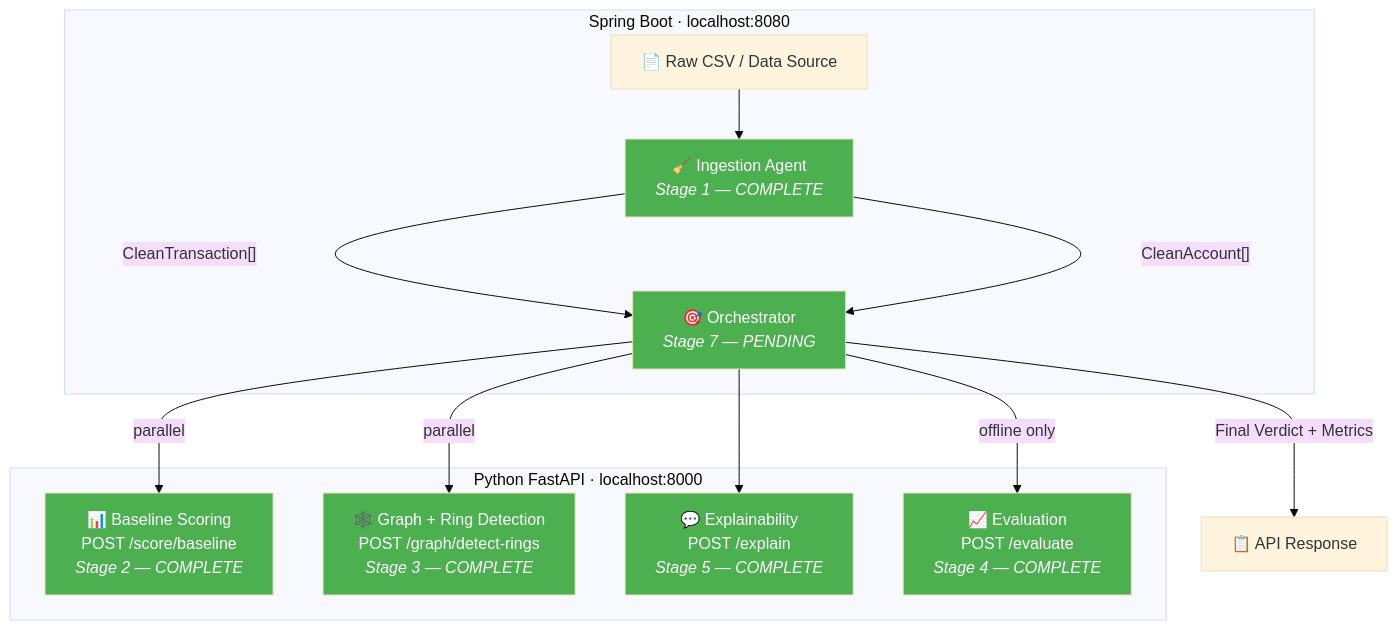
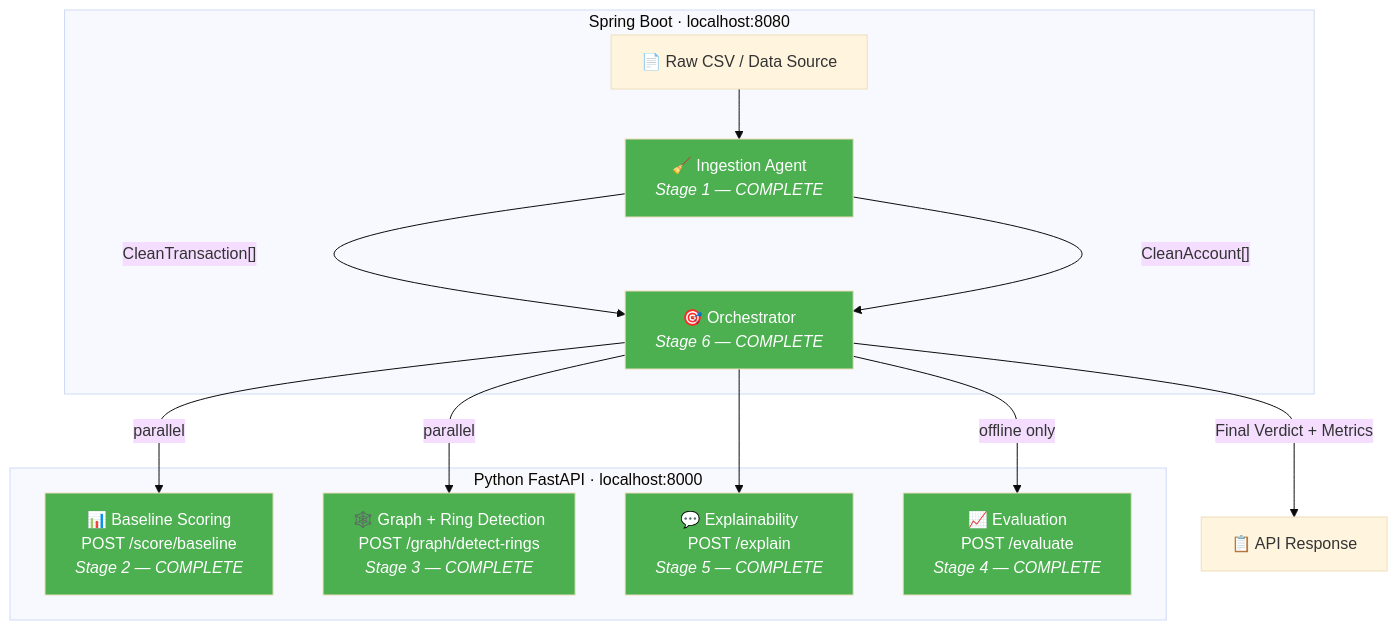
Before and after one commit to mdyusuf0/AI-Risk-Manager: the diagram in PROJECT_SYNOPSIS.md, drawn with Mermaid (base theme). The commit also changed other lines of this file and 6 other files, not shown here.

````diff
--- a/PROJECT_SYNOPSIS.md
+++ b/PROJECT_SYNOPSIS.md
@@ -27,31 +27,31 @@
 ```mermaid
 graph TB
     subgraph "Spring Boot · localhost:8080"
         CSV["📄 Raw CSV / Data Source"]
         IA["🧹 Ingestion Agent<br/><i>Stage 1 — COMPLETE</i>"]
-        ORCH["🎯 Orchestrator<br/><i>Stage 7 — PENDING</i>"]
+        ORCH["🎯 Orchestrator<br/><i>Stage 6 — COMPLETE</i>"]
     end
 
     subgraph "Python FastAPI · localhost:8000"
         BS["📊 Baseline Scoring<br/>POST /score/baseline<br/><i>Stage 2 — COMPLETE</i>"]
         GR["🕸️ Graph + Ring Detection<br/>POST /graph/detect-rings<br/><i>Stage 3 — COMPLETE</i>"]
         EX["💬 Explainability<br/>POST /explain<br/><i>Stage 5 — COMPLETE</i>"]
         EV["📈 Evaluation<br/>POST /evaluate<br/><i>Stage 4 — COMPLETE</i>"]
     end
 
     CSV --> IA
     IA -->|"CleanTransaction[]"| ORCH
     IA -->|"CleanAccount[]"| ORCH
     ORCH -->|"parallel"| BS
     ORCH -->|"parallel"| GR
     ORCH --> EX
     ORCH -->|"offline only"| EV
     ORCH -->|"Final Verdict + Metrics"| OUTPUT["📋 API Response"]
 
     style IA fill:#4caf50,color:#fff
     style ORCH fill:#4caf50,color:#fff
     style BS fill:#4caf50,color:#fff
     style GR fill:#4caf50,color:#fff
     style EX fill:#4caf50,color:#fff
     style EV fill:#4caf50,color:#fff
 ```
````
